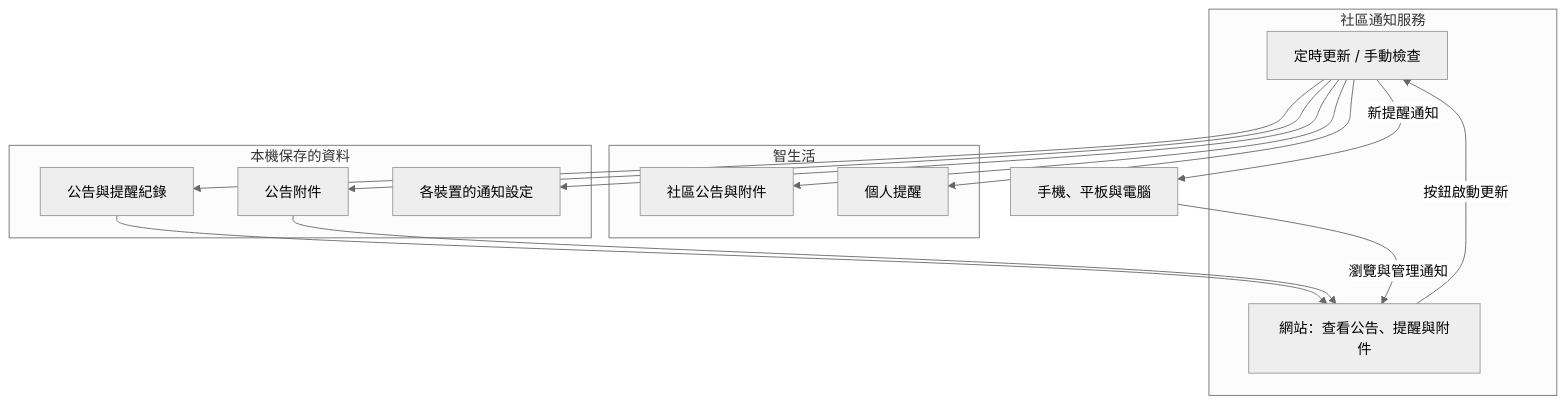
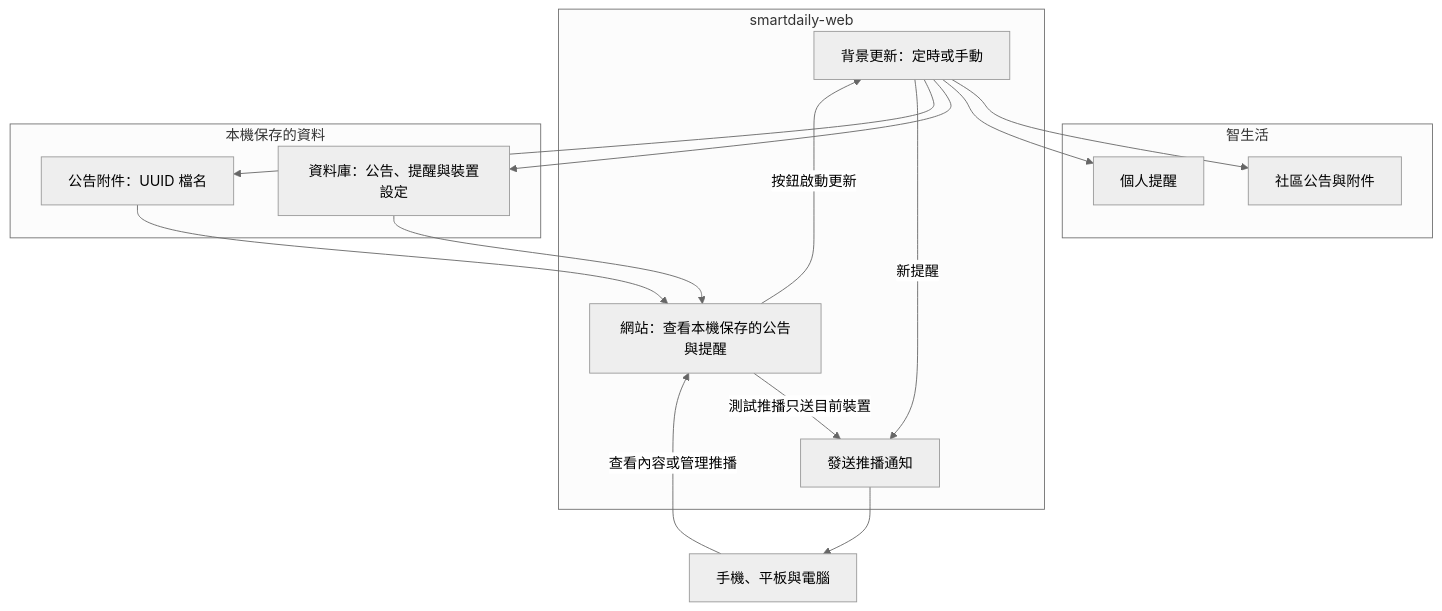
The diagram in README.md (shuangrain/smartdaily-web), drawn with Mermaid (neutral theme) before and after one commit. The commit also changed other lines of this file and 17 other files, not shown here.

````diff
--- a/README.md
+++ b/README.md
@@ -26,31 +26,32 @@
 ```mermaid
 flowchart TD
     subgraph Cloud["智生活"]
         API_Ann["社區公告與附件"]
         API_Rem["個人提醒"]
     end
 
-    subgraph App["社區通知服務"]
-        Poller["定時更新 / 手動檢查"]
-        WebUI["網站：查看公告、提醒與附件"]
+    subgraph App["smartdaily-web"]
+        Poller["背景更新：定時或手動"]
+        WebUI["網站：查看本機保存的公告與提醒"]
+        Push["發送推播通知"]
     end
 
     subgraph Data["本機保存的資料"]
-        MsgStore["公告與提醒紀錄"]
-        AttFiles["公告附件"]
-        DevFiles["各裝置的通知設定"]
+        MsgStore["資料庫：公告、提醒與裝置設定"]
+        AttFiles["公告附件：UUID 檔名"]
     end
 
     Users["手機、平板與電腦"]
 
     Poller --> API_Ann
     Poller --> API_Rem
     Poller --> MsgStore
     Poller --> AttFiles
-    Poller --> DevFiles
     WebUI -->|"按鈕啟動更新"| Poller
     MsgStore --> WebUI
     AttFiles --> WebUI
-    Poller -->|"新提醒通知"| Users
-    Users -->|"瀏覽與管理通知"| WebUI
+    Poller -->|"新提醒"| Push
+    Push --> Users
+    WebUI -->|"測試推播只送目前裝置"| Push
+    Users -->|"查看內容或管理推播"| WebUI
 ```
````
